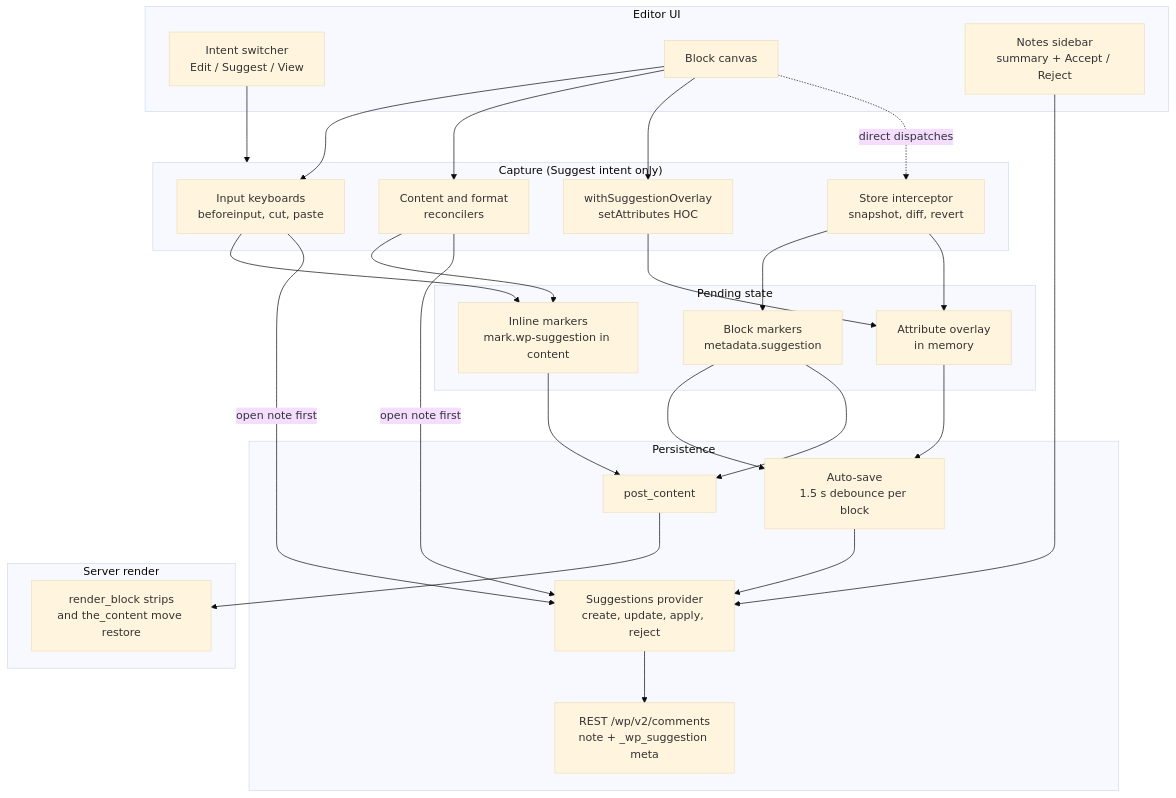
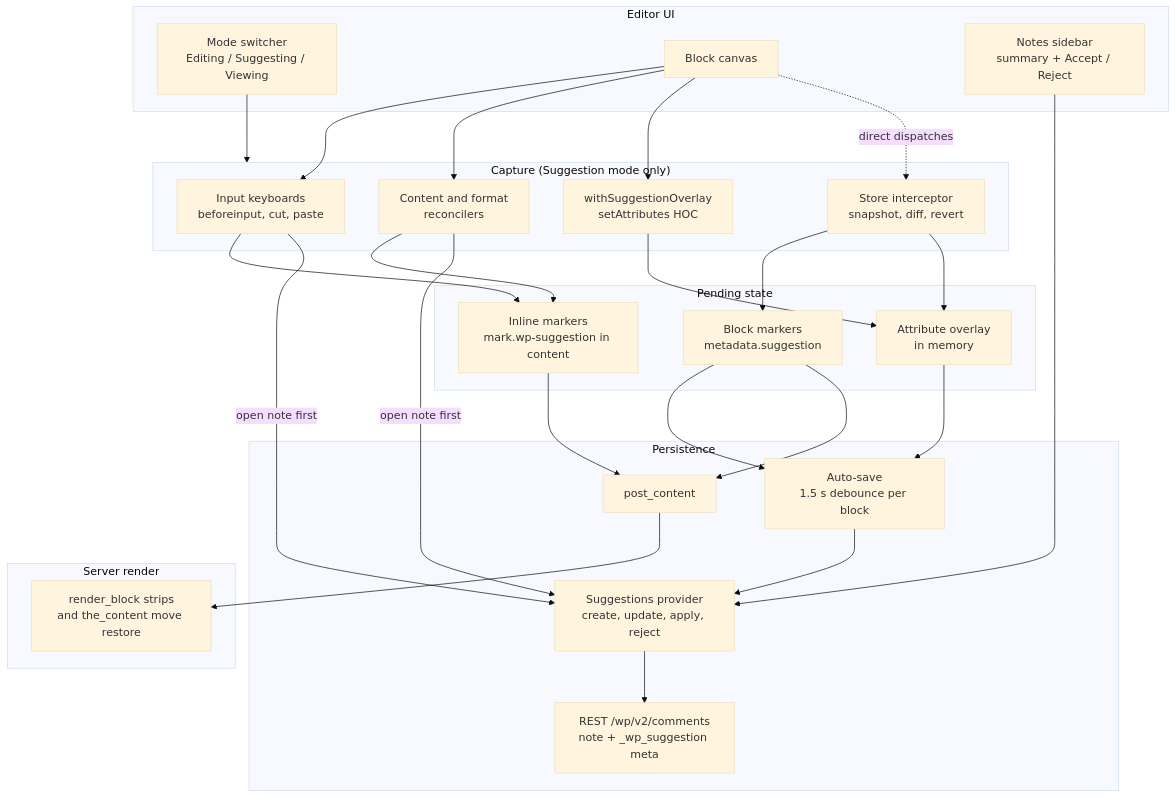
One commit to WordPress/gutenberg changed the first of 8 diagrams in docs/explanations/architecture/suggestions-overview.md. Above: the diagram before and after it, drawn with Mermaid (base theme). The commit also changed other lines of this file and 1 other file, not shown here.

First line of the commit message:
Suggest mode: Bring the architecture reference in line with the code

````diff
--- a/docs/explanations/architecture/suggestions-overview.md
+++ b/docs/explanations/architecture/suggestions-overview.md
@@ -32,44 +32,44 @@
 ```mermaid
 flowchart TB
     subgraph UI["Editor UI"]
-        Switcher["Intent switcher<br/>Edit / Suggest / View"]
+        Switcher["Mode switcher<br/>Editing / Suggesting / Viewing"]
         Canvas["Block canvas"]
         Sidebar["Notes sidebar<br/>summary + Accept / Reject"]
     end
 
-    subgraph Capture["Capture (Suggest intent only)"]
+    subgraph Capture["Capture (Suggestion mode only)"]
         Keyboards["Input keyboards<br/>beforeinput, cut, paste"]
         Reconciler["Content and format<br/>reconcilers"]
         HOC["withSuggestionOverlay<br/>setAttributes HOC"]
         Interceptor["Store interceptor<br/>snapshot, diff, revert"]
     end
 
     subgraph State["Pending state"]
         Inline["Inline markers<br/>mark.wp-suggestion in content"]
         BlockMarker["Block markers<br/>metadata.suggestion"]
         Overlay["Attribute overlay<br/>in memory"]
     end
 
     subgraph Persist["Persistence"]
         AutoSave["Auto-save<br/>1.5 s debounce per block"]
         Provider["Suggestions provider<br/>create, update, apply, reject"]
         REST["REST /wp/v2/comments<br/>note + _wp_suggestion meta"]
         Post["post_content"]
     end
 
     subgraph Server["Server render"]
         Strip["render_block strips<br/>and the_content move restore"]
     end
 
     Switcher --> Capture
     Canvas --> Keyboards & Reconciler & HOC
     Canvas -. direct dispatches .-> Interceptor
     Keyboards & Reconciler --> Inline
     Interceptor --> BlockMarker
     HOC & Interceptor --> Overlay
     Keyboards & Reconciler -- open note first --> Provider
     Overlay & BlockMarker --> AutoSave --> Provider --> REST
     Inline & BlockMarker --> Post
     Sidebar --> Provider
     Post --> Strip
 ```
````
